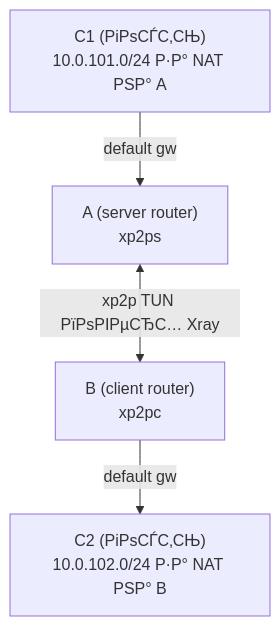
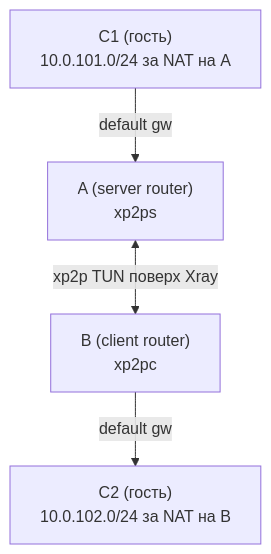
The diagram in docs/ru/guides/chain.md (NlightN22/xray-p2p), drawn with Mermaid before and after one commit. The commit also changed other lines of this file and 10 other files, not shown here.

````diff
--- a/docs/ru/guides/chain.md
+++ b/docs/ru/guides/chain.md
@@ -7,6 +7,6 @@
 ```mermaid
 flowchart TB
-  C1["C1 (РіРѕСЃС‚СЊ)<br/>10.0.101.0/24 Р·Р° NAT РЅР° A"] -->|"default gw"| A["A (server router)<br/>xp2ps"]
-  A <-->|"xp2p TUN РїРѕРІРµСЂС… Xray"| B["B (client router)<br/>xp2pc"]
-  B -->|"default gw"| C2["C2 (РіРѕСЃС‚СЊ)<br/>10.0.102.0/24 Р·Р° NAT РЅР° B"]
+  C1["C1 (гость)<br/>10.0.101.0/24 за NAT на A"] -->|"default gw"| A["A (server router)<br/>xp2ps"]
+  A <-->|"xp2p TUN поверх Xray"| B["B (client router)<br/>xp2pc"]
+  B -->|"default gw"| C2["C2 (гость)<br/>10.0.102.0/24 за NAT на B"]
 ```
````
